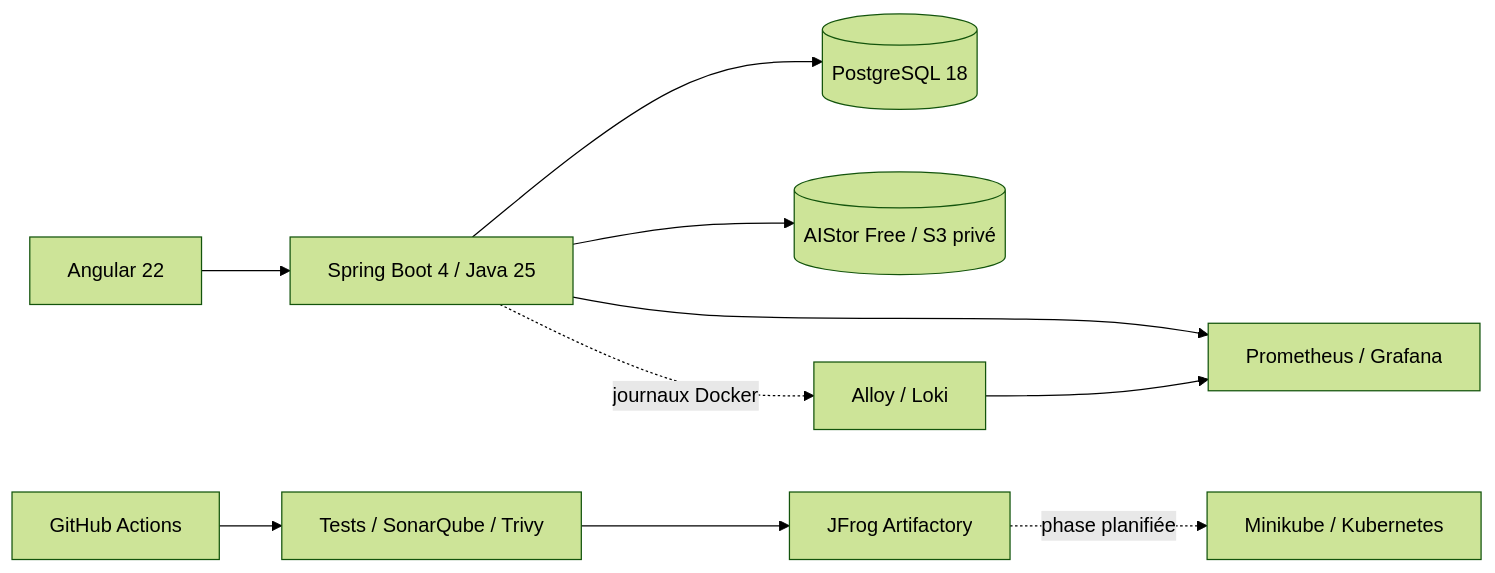
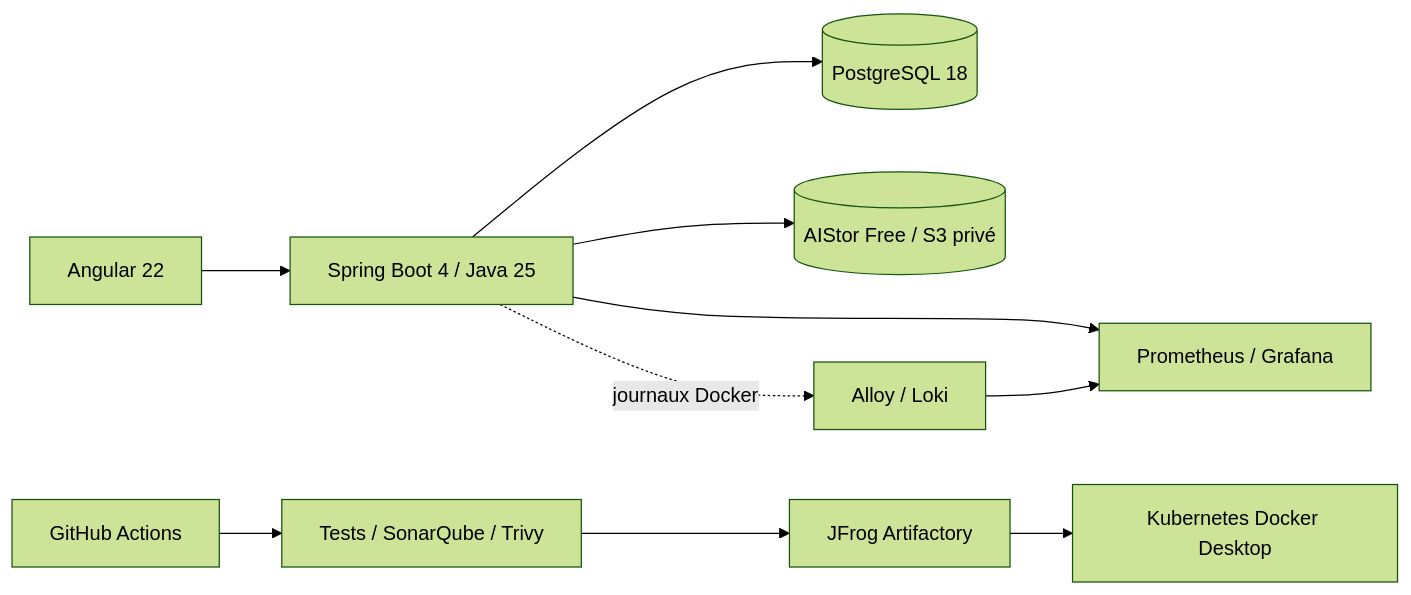
Before and after one commit to mouhamadoulo/molo-devops-lab: the diagram in README.md, drawn with Mermaid (forest theme). The commit also changed other lines of this file and 7 other files, not shown here.

Commit message:
docs(k8s): document the Kubernetes deployment and record phase 13 evidence

````diff
--- a/README.md
+++ b/README.md
@@ -27,12 +28,12 @@
 ```mermaid
 flowchart LR
     UI[Angular 22] --> API[Spring Boot 4 / Java 25]
     API --> DB[(PostgreSQL 18)]
     API --> S3[(AIStor Free / S3 privé)]
     CI[GitHub Actions] --> QA[Tests / SonarQube / Trivy]
     QA --> ART[JFrog Artifactory]
     API --> OBS[Prometheus / Grafana]
     API -. journaux Docker .-> LOGS[Alloy / Loki]
     LOGS --> OBS
-    ART -. phase planifiée .-> K8S[Minikube / Kubernetes]
+    ART --> K8S[Kubernetes Docker Desktop]
 ```
````
